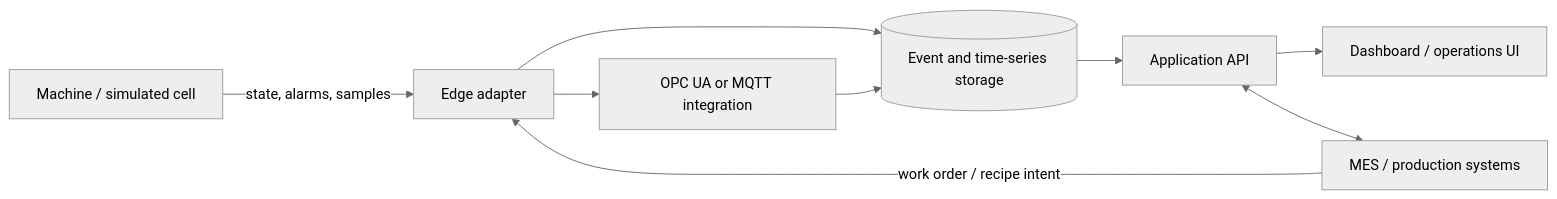
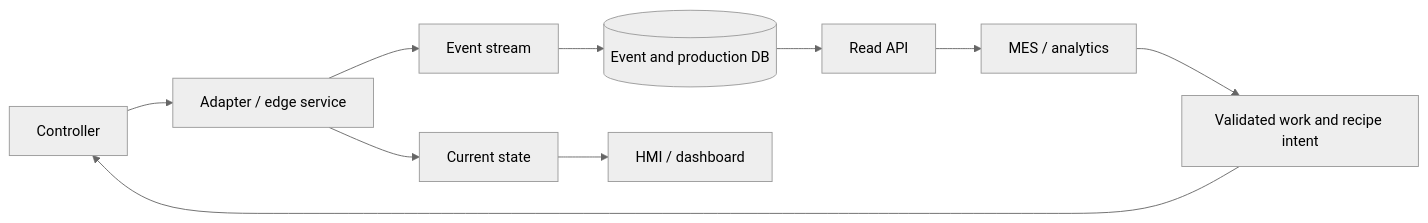
Before and after one commit to parthoece/industrial-controls-learning-lab: the diagram in docs/diagrams/manufacturing-data-flow.md, drawn with Mermaid (neutral theme). The commit also changed other lines of this file and 86 other files, not shown here.

````diff
--- a/docs/diagrams/manufacturing-data-flow.md
+++ b/docs/diagrams/manufacturing-data-flow.md
@@ -3,19 +3,12 @@
 ```mermaid
 flowchart LR
-    CELL[Machine / simulated cell]
-    EDGE[Edge adapter]
-    BROKER[OPC UA or MQTT integration]
-    STORE[(Event and time-series storage)]
-    API[Application API]
-    UI[Dashboard / operations UI]
-    MES[MES / production systems]
-
-    CELL -->|state, alarms, samples| EDGE
-    EDGE --> BROKER
-    EDGE --> STORE
-    BROKER --> STORE
-    STORE --> API
-    API --> UI
-    API <--> MES
-    MES -->|work order / recipe intent| EDGE
+    CTRL[Controller] --> EDGE[Adapter / edge service]
+    EDGE --> EVENTS[Event stream]
+    EDGE --> STATE[Current state]
+    EVENTS --> DB[(Event and production DB)]
+    STATE --> HMI[HMI / dashboard]
+    DB --> API[Read API]
+    API --> MES[MES / analytics]
+    MES --> ORDER[Validated work and recipe intent]
+    ORDER --> CTRL
 ```
````
